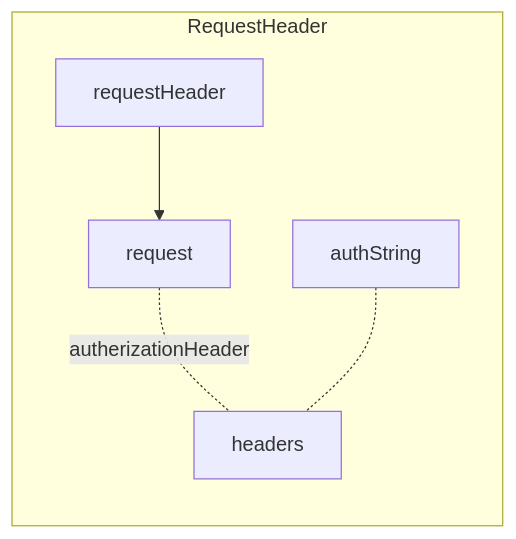
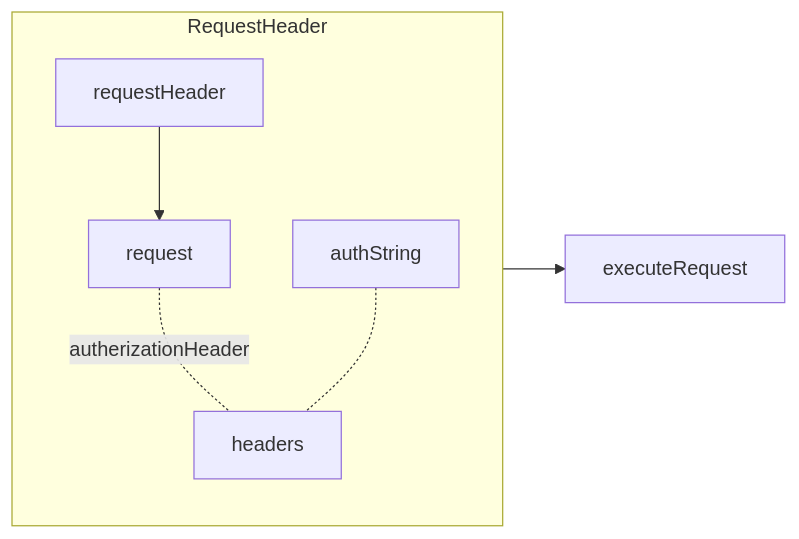
Before and after one commit to gordianknotC/nxp_note: the fifth of 8 diagrams in newage/astro.md, drawn with Mermaid. The commit also changed other lines of this file, not shown here.

````diff
--- a/newage/astro.md
+++ b/newage/astro.md
@@ -66,9 +66,9 @@
 ```mermaid
 graph LR
 	subgraph RequestHeader
 	request -.-|autherizationHeader| headers
 	authString -.- headers
 	requestHeader --> request
 end
-
+RequestHeader --> executeRequest
 ```
````
